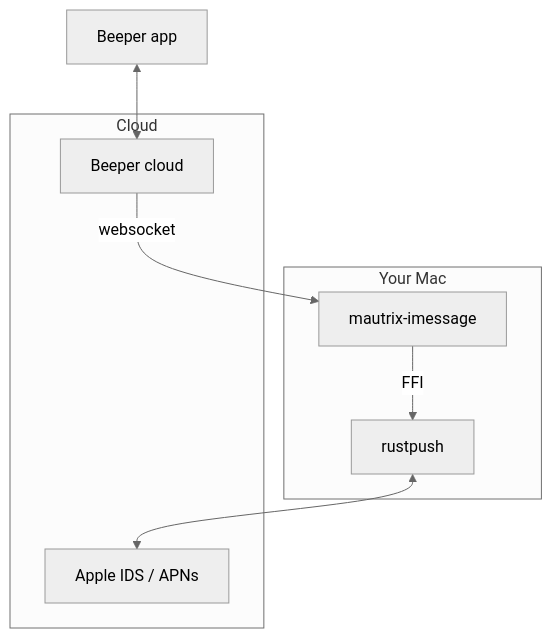
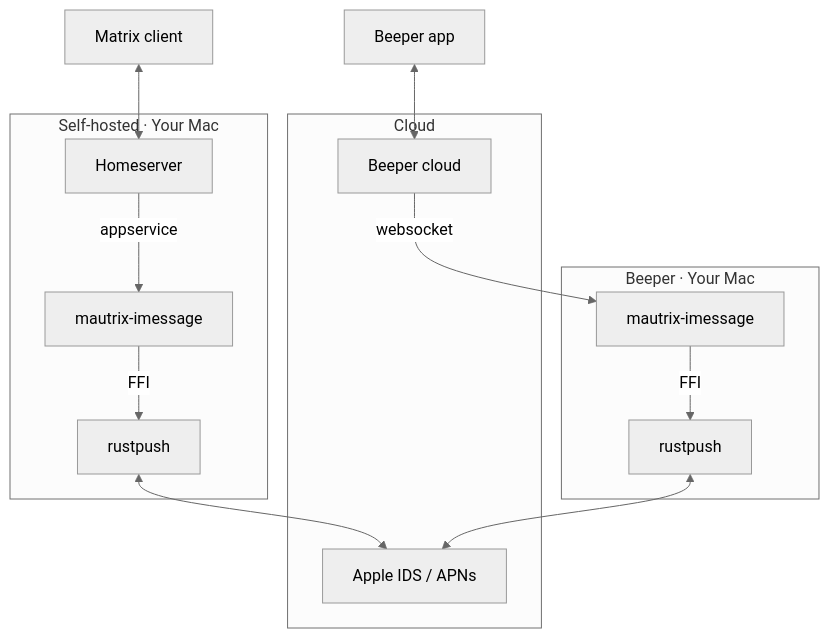
The diagram in README.md (jasonlaguidice/imessage), drawn with Mermaid (neutral theme) before and after one commit. The commit also changed other lines of this file, not shown here.

Commit message:
Single diagram showing both setups side by side with shared cloud

````diff
--- a/README.md
+++ b/README.md
@@ -123,13 +106,19 @@
 ```mermaid
 flowchart TB
-    subgraph mac[Your Mac]
-        Bridge[mautrix-imessage] -- FFI --> RP[rustpush]
+    subgraph sh[Self-hosted · Your Mac]
+        HS[Homeserver] -- appservice --> Bridge1[mautrix-imessage]
+        Bridge1 -- FFI --> RP1[rustpush]
+    end
+    subgraph bp[Beeper · Your Mac]
+        Bridge2[mautrix-imessage] -- FFI --> RP2[rustpush]
     end
     subgraph cloud[Cloud]
         Beeper[Beeper cloud]
         Apple[Apple IDS / APNs]
     end
-    Client[Beeper app] <--> Beeper
-    Beeper -- websocket --> Bridge
-    RP <--> Apple
+    Client1[Matrix client] <--> HS
+    Client2[Beeper app] <--> Beeper
+    Beeper -- websocket --> Bridge2
+    RP1 <--> Apple
+    RP2 <--> Apple
 ```
````
